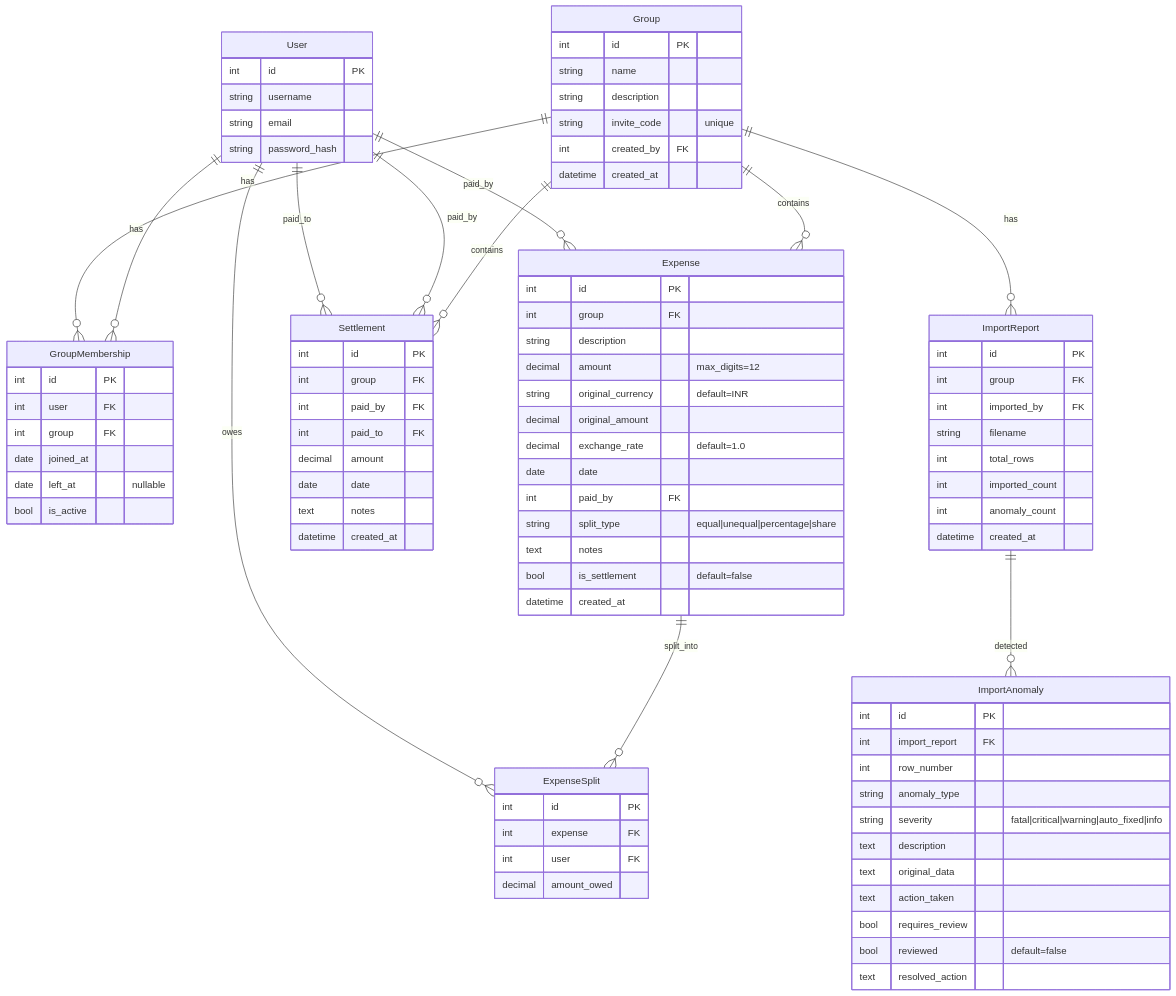
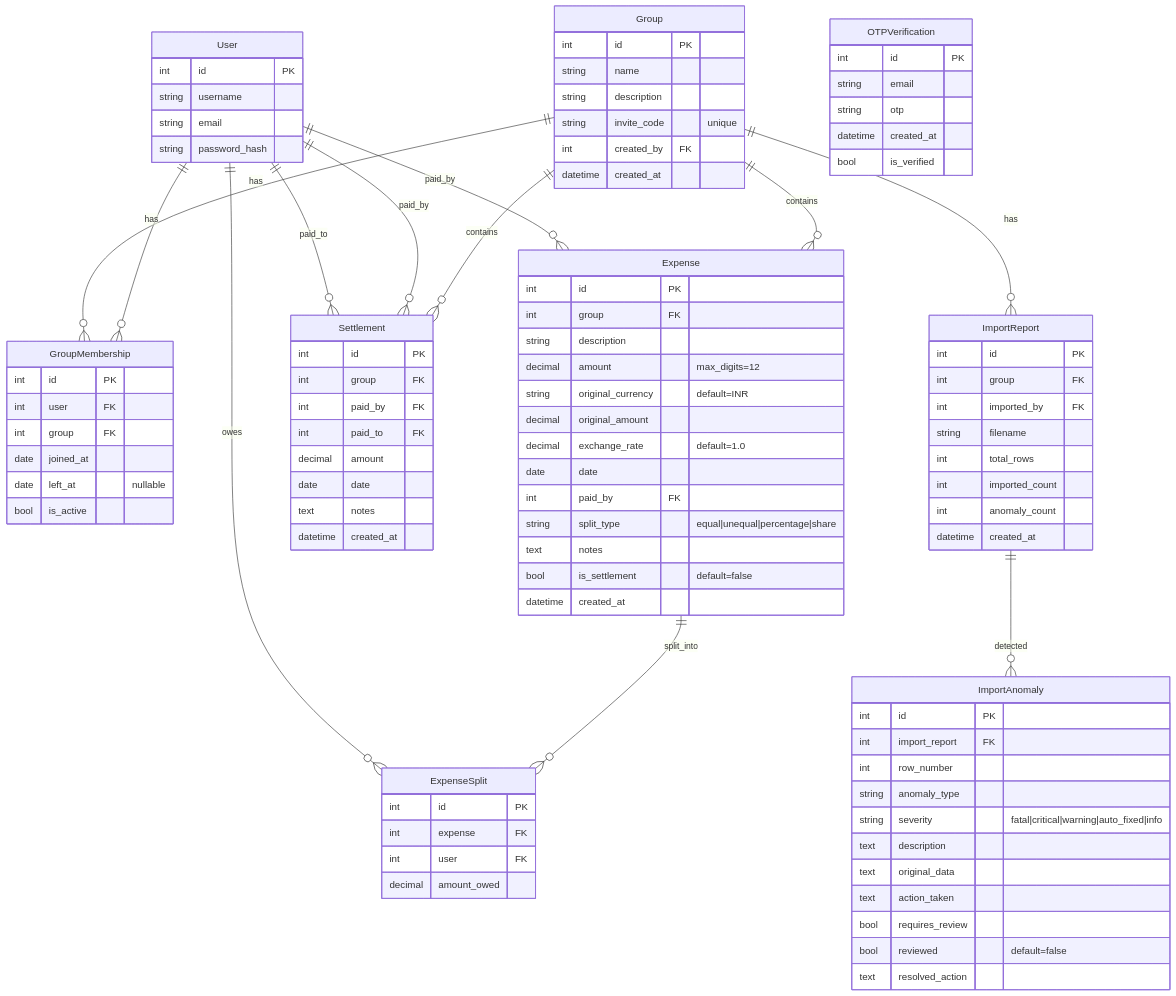
One commit to YaswanthKumarMallela01/FairShare_Spreetail changed the diagram in SCOPE.md. Above: the diagram before and after it, drawn with Mermaid. The commit also changed other lines of this file and 1 other file, not shown here.

Commit message:
docs: update README.md and SCOPE.md with forgot-password details and OTPVerification schema

````diff
--- a/SCOPE.md
+++ b/SCOPE.md
@@ -169,4 +169,12 @@
         bool reviewed "default=false"
         text resolved_action
     }
+
+    OTPVerification {
+        int id PK
+        string email
+        string otp
+        datetime created_at
+        bool is_verified
+    }
 ```
````
